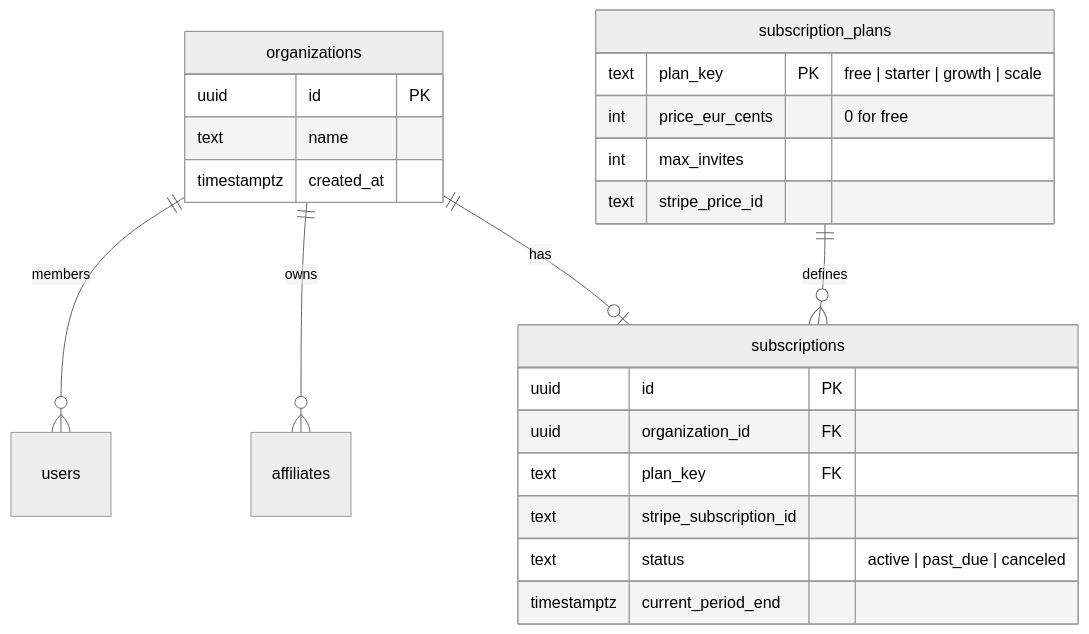
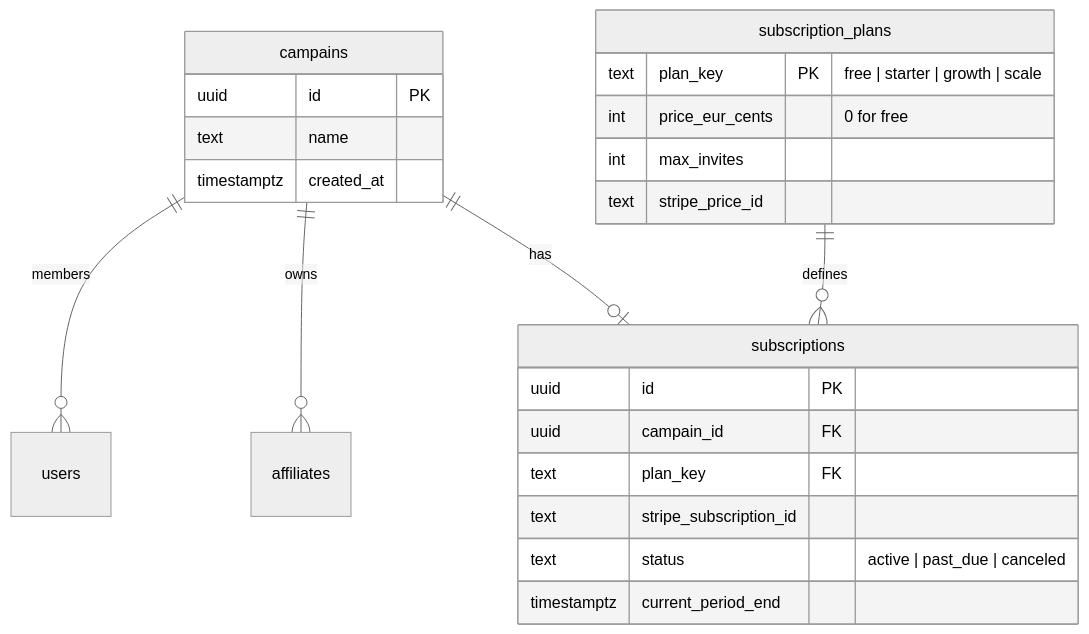
One commit to stelgkio/AffilFlow changed the first of 3 diagrams in docs/03-data-model.md. Above: the diagram before and after it, drawn with Mermaid (neutral theme). The commit also changed other lines of this file and 58 other files, not shown here.

````diff
--- a/docs/03-data-model.md
+++ b/docs/03-data-model.md
@@ -7,29 +7,29 @@
 ```mermaid
 erDiagram
-  organizations ||--o{ users : "members"
-  organizations ||--o{ affiliates : "owns"
+  campains ||--o{ users : "members"
+  campains ||--o{ affiliates : "owns"
   subscription_plans ||--o{ subscriptions : "defines"
-  organizations ||--o| subscriptions : "has"
+  campains ||--o| subscriptions : "has"
 
-  organizations {
+  campains {
     uuid id PK
     text name
     timestamptz created_at
   }
 
   subscription_plans {
     text plan_key PK "free | starter | growth | scale"
     int price_eur_cents "0 for free"
     int max_invites
     text stripe_price_id
   }
 
   subscriptions {
     uuid id PK
-    uuid organization_id FK
+    uuid campain_id FK
     text plan_key FK
     text stripe_subscription_id
     text status "active | past_due | canceled"
     timestamptz current_period_end
   }
 ```
````
